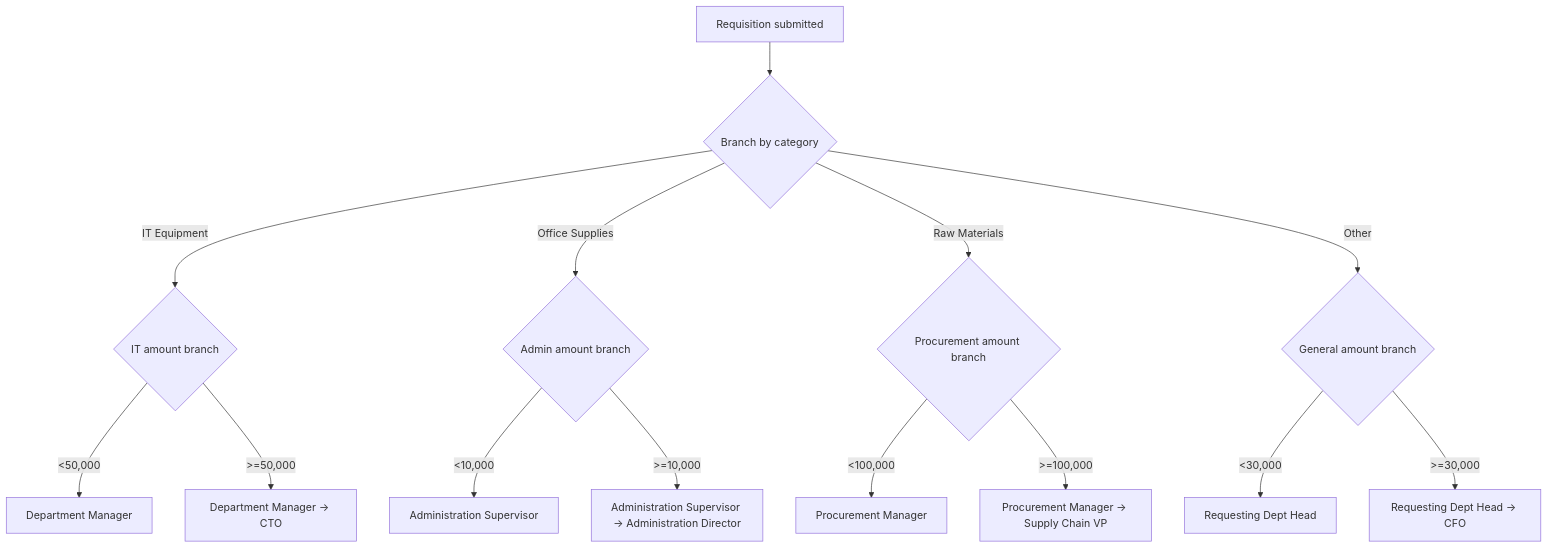
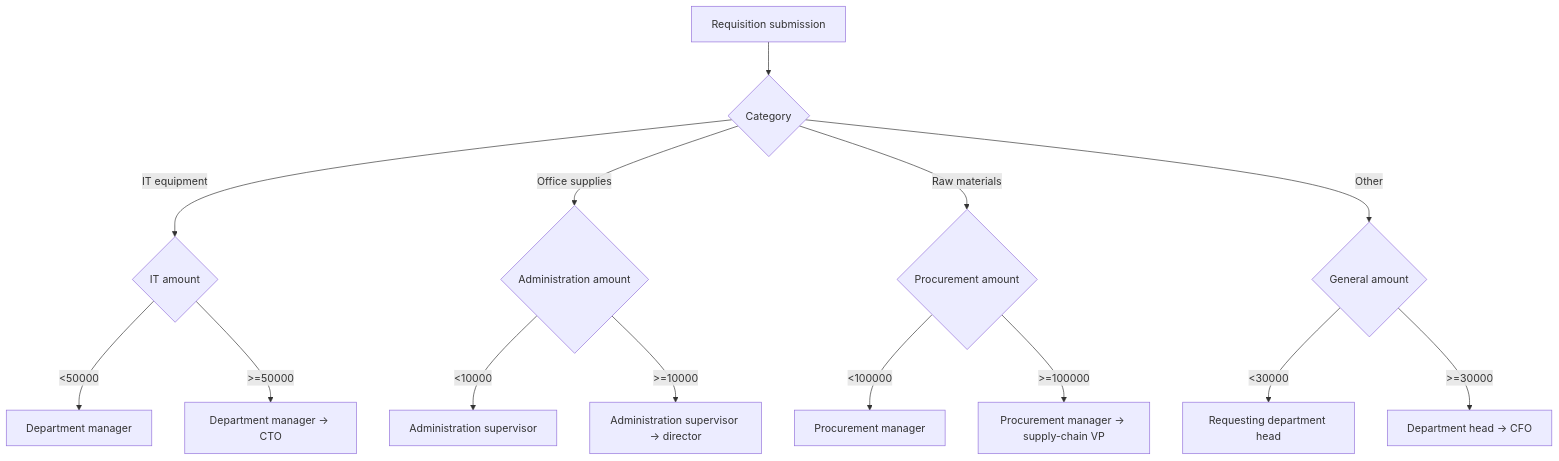
The fourth of 7 diagrams in docs/design/procurement-design.en.md (wang-baohai/Omni-Stack), drawn with Mermaid before and after one commit. The commit also changed other lines of this file and 1095 other files, not shown here.

````diff
--- a/docs/design/procurement-design.en.md
+++ b/docs/design/procurement-design.en.md
@@ -238,16 +241,16 @@
 ```mermaid
 flowchart TD
-    A[Requisition submitted] --> B{Branch by category}
-    B -->|IT Equipment| C{IT amount branch}
-    B -->|Office Supplies| D{Admin amount branch}
-    B -->|Raw Materials| E{Procurement amount branch}
-    B -->|Other| F{General amount branch}
-    C -->|<50,000| C1[Department Manager]
-    C -->|>=50,000| C2[Department Manager -> CTO]
-    D -->|<10,000| D1[Administration Supervisor]
-    D -->|>=10,000| D2[Administration Supervisor -> Administration Director]
-    E -->|<100,000| E1[Procurement Manager]
-    E -->|>=100,000| E2[Procurement Manager -> Supply Chain VP]
-    F -->|<30,000| F1[Requesting Dept Head]
-    F -->|>=30,000| F2[Requesting Dept Head -> CFO]
+    A["Requisition submission"] --> B{"Category"}
+    B -->|"IT equipment"| C{"IT amount"}
+    B -->|"Office supplies"| D{"Administration amount"}
+    B -->|"Raw materials"| E{"Procurement amount"}
+    B -->|"Other"| F{"General amount"}
+    C -->|"<50000"| C1["Department manager"]
+    C -->|">=50000"| C2["Department manager → CTO"]
+    D -->|"<10000"| D1["Administration supervisor"]
+    D -->|">=10000"| D2["Administration supervisor → director"]
+    E -->|"<100000"| E1["Procurement manager"]
+    E -->|">=100000"| E2["Procurement manager → supply-chain VP"]
+    F -->|"<30000"| F1["Requesting department head"]
+    F -->|">=30000"| F2["Department head → CFO"]
 ```
````
